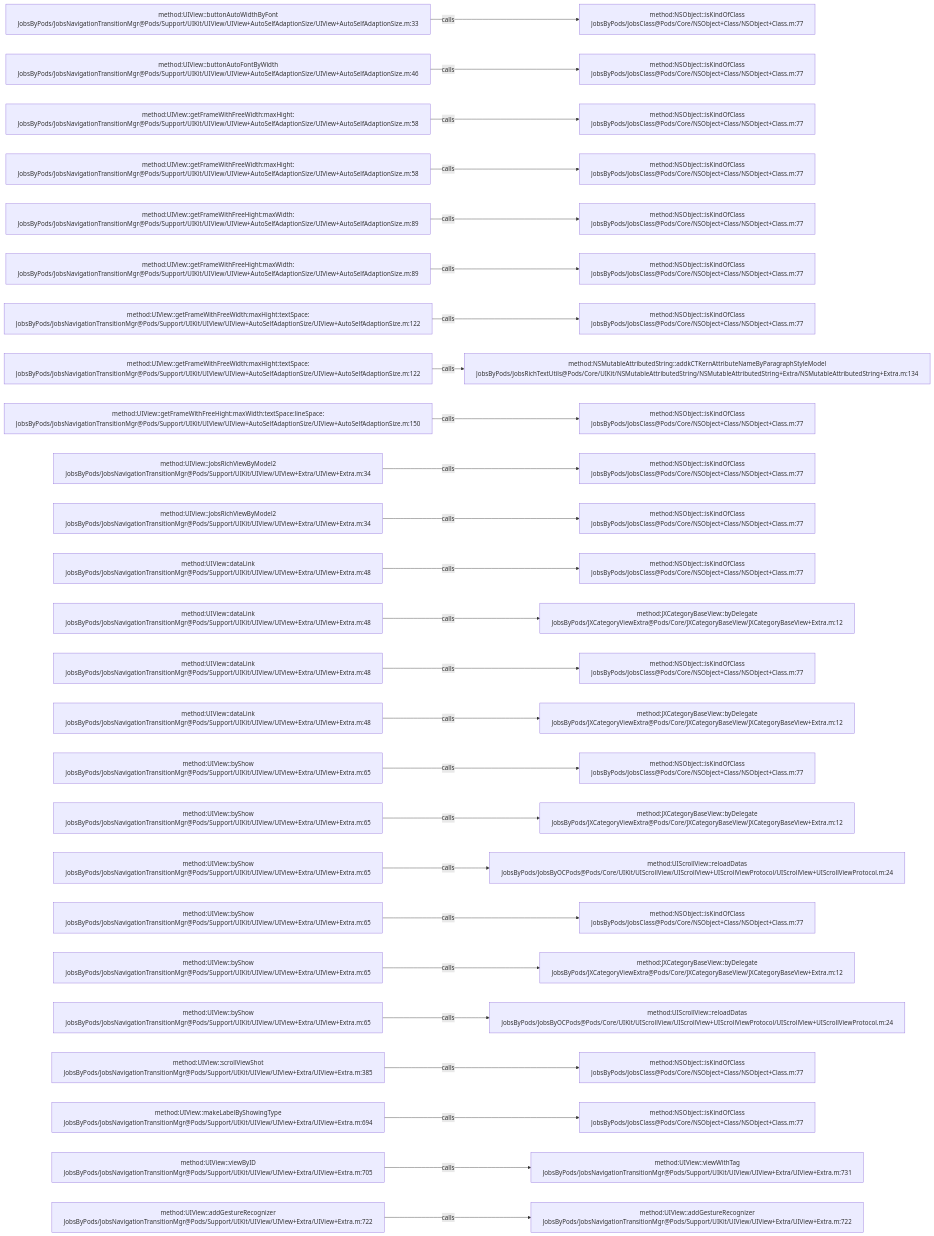
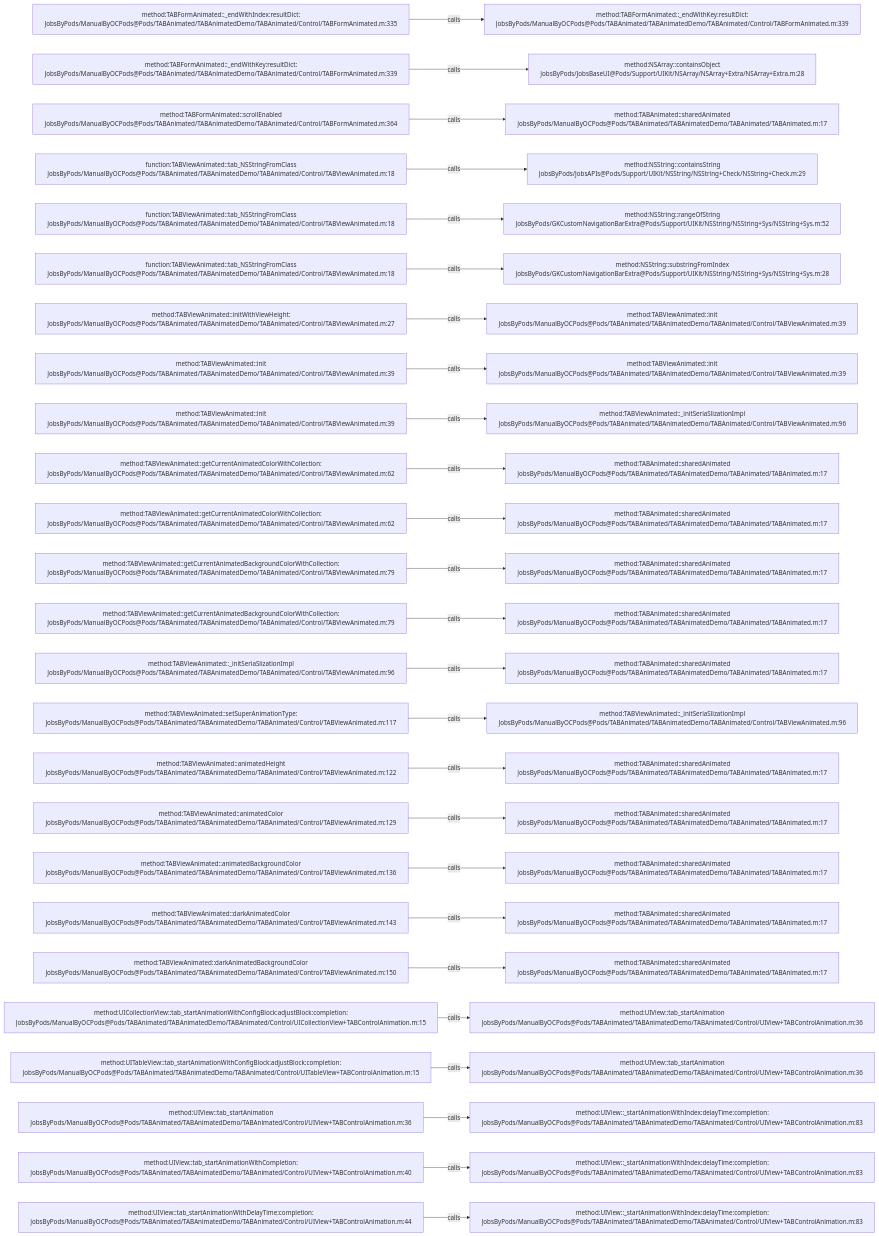
One commit to JobsKits/JobsOCBaseConfigDemo changed the diagram in .codegraph/codegraph.md/graphs/calls-131.md. Above: the diagram before and after it, drawn with Mermaid. The commit also changed 573 other files, not shown here.

````diff
--- a/.codegraph/codegraph.md/graphs/calls-131.md
+++ b/.codegraph/codegraph.md/graphs/calls-131.md
@@ -13,78 +13,78 @@
 ```mermaid
 flowchart LR
-  S1["method:UIView::buttonAutoWidthByFont<br/>JobsByPods/JobsNavigationTransitionMgr@Pods/Support/UIKit/UIView/UIView+AutoSelfAdaptionSize/UIView+AutoSelfAdaptionSize.m:33"]
-  T1["method:NSObject::isKindOfClass<br/>JobsByPods/JobsClass@Pods/Core/NSObject+Class/NSObject+Class.m:77"]
+  S1["method:TABFormAnimated::_endWithIndex:resultDict:<br/>JobsByPods/ManualByOCPods@Pods/TABAnimated/TABAnimatedDemo/TABAnimated/Control/TABFormAnimated.m:335"]
+  T1["method:TABFormAnimated::_endWithKey:resultDict:<br/>JobsByPods/ManualByOCPods@Pods/TABAnimated/TABAnimatedDemo/TABAnimated/Control/TABFormAnimated.m:339"]
   S1 -->|calls| T1
-  S2["method:UIView::buttonAutoFontByWidth<br/>JobsByPods/JobsNavigationTransitionMgr@Pods/Support/UIKit/UIView/UIView+AutoSelfAdaptionSize/UIView+AutoSelfAdaptionSize.m:46"]
-  T2["method:NSObject::isKindOfClass<br/>JobsByPods/JobsClass@Pods/Core/NSObject+Class/NSObject+Class.m:77"]
+  S2["method:TABFormAnimated::_endWithKey:resultDict:<br/>JobsByPods/ManualByOCPods@Pods/TABAnimated/TABAnimatedDemo/TABAnimated/Control/TABFormAnimated.m:339"]
+  T2["method:NSArray::containsObject<br/>JobsByPods/JobsBaseUI@Pods/Support/UIKit/NSArray/NSArray+Extra/NSArray+Extra.m:28"]
   S2 -->|calls| T2
-  S3["method:UIView::getFrameWithFreeWidth:maxHight:<br/>JobsByPods/JobsNavigationTransitionMgr@Pods/Support/UIKit/UIView/UIView+AutoSelfAdaptionSize/UIView+AutoSelfAdaptionSize.m:58"]
-  T3["method:NSObject::isKindOfClass<br/>JobsByPods/JobsClass@Pods/Core/NSObject+Class/NSObject+Class.m:77"]
+  S3["method:TABFormAnimated::scrollEnabled<br/>JobsByPods/ManualByOCPods@Pods/TABAnimated/TABAnimatedDemo/TABAnimated/Control/TABFormAnimated.m:364"]
+  T3["method:TABAnimated::sharedAnimated<br/>JobsByPods/ManualByOCPods@Pods/TABAnimated/TABAnimatedDemo/TABAnimated/TABAnimated.m:17"]
   S3 -->|calls| T3
-  S4["method:UIView::getFrameWithFreeWidth:maxHight:<br/>JobsByPods/JobsNavigationTransitionMgr@Pods/Support/UIKit/UIView/UIView+AutoSelfAdaptionSize/UIView+AutoSelfAdaptionSize.m:58"]
-  T4["method:NSObject::isKindOfClass<br/>JobsByPods/JobsClass@Pods/Core/NSObject+Class/NSObject+Class.m:77"]
+  S4["function:TABViewAnimated::tab_NSStringFromClass<br/>JobsByPods/ManualByOCPods@Pods/TABAnimated/TABAnimatedDemo/TABAnimated/Control/TABViewAnimated.m:18"]
+  T4["method:NSString::containsString<br/>JobsByPods/JobsAPIs@Pods/Support/UIKit/NSString/NSString+Check/NSString+Check.m:29"]
   S4 -->|calls| T4
-  S5["method:UIView::getFrameWithFreeHight:maxWidth:<br/>JobsByPods/JobsNavigationTransitionMgr@Pods/Support/UIKit/UIView/UIView+AutoSelfAdaptionSize/UIView+AutoSelfAdaptionSize.m:89"]
-  T5["method:NSObject::isKindOfClass<br/>JobsByPods/JobsClass@Pods/Core/NSObject+Class/NSObject+Class.m:77"]
+  S5["function:TABViewAnimated::tab_NSStringFromClass<br/>JobsByPods/ManualByOCPods@Pods/TABAnimated/TABAnimatedDemo/TABAnimated/Control/TABViewAnimated.m:18"]
+  T5["method:NSString::rangeOfString<br/>JobsByPods/GKCustomNavigationBarExtra@Pods/Support/UIKit/NSString/NSString+Sys/NSString+Sys.m:52"]
   S5 -->|calls| T5
-  S6["method:UIView::getFrameWithFreeHight:maxWidth:<br/>JobsByPods/JobsNavigationTransitionMgr@Pods/Support/UIKit/UIView/UIView+AutoSelfAdaptionSize/UIView+AutoSelfAdaptionSize.m:89"]
-  T6["method:NSObject::isKindOfClass<br/>JobsByPods/JobsClass@Pods/Core/NSObject+Class/NSObject+Class.m:77"]
+  S6["function:TABViewAnimated::tab_NSStringFromClass<br/>JobsByPods/ManualByOCPods@Pods/TABAnimated/TABAnimatedDemo/TABAnimated/Control/TABViewAnimated.m:18"]
+  T6["method:NSString::substringFromIndex<br/>JobsByPods/GKCustomNavigationBarExtra@Pods/Support/UIKit/NSString/NSString+Sys/NSString+Sys.m:28"]
   S6 -->|calls| T6
-  S7["method:UIView::getFrameWithFreeWidth:maxHight:textSpace:<br/>JobsByPods/JobsNavigationTransitionMgr@Pods/Support/UIKit/UIView/UIView+AutoSelfAdaptionSize/UIView+AutoSelfAdaptionSize.m:122"]
-  T7["method:NSObject::isKindOfClass<br/>JobsByPods/JobsClass@Pods/Core/NSObject+Class/NSObject+Class.m:77"]
+  S7["method:TABViewAnimated::initWithViewHeight:<br/>JobsByPods/ManualByOCPods@Pods/TABAnimated/TABAnimatedDemo/TABAnimated/Control/TABViewAnimated.m:27"]
+  T7["method:TABViewAnimated::init<br/>JobsByPods/ManualByOCPods@Pods/TABAnimated/TABAnimatedDemo/TABAnimated/Control/TABViewAnimated.m:39"]
   S7 -->|calls| T7
-  S8["method:UIView::getFrameWithFreeWidth:maxHight:textSpace:<br/>JobsByPods/JobsNavigationTransitionMgr@Pods/Support/UIKit/UIView/UIView+AutoSelfAdaptionSize/UIView+AutoSelfAdaptionSize.m:122"]
-  T8["method:NSMutableAttributedString::addkCTKernAttributeNameByParagraphStyleModel<br/>JobsByPods/JobsRichTextUtils@Pods/Core/UIKit/NSMutableAttributedString/NSMutableAttributedString+Extra/NSMutableAttributedString+Extra.m:134"]
+  S8["method:TABViewAnimated::init<br/>JobsByPods/ManualByOCPods@Pods/TABAnimated/TABAnimatedDemo/TABAnimated/Control/TABViewAnimated.m:39"]
+  T8["method:TABViewAnimated::init<br/>JobsByPods/ManualByOCPods@Pods/TABAnimated/TABAnimatedDemo/TABAnimated/Control/TABViewAnimated.m:39"]
   S8 -->|calls| T8
-  S9["method:UIView::getFrameWithFreeHight:maxWidth:textSpace:lineSpace:<br/>JobsByPods/JobsNavigationTransitionMgr@Pods/Support/UIKit/UIView/UIView+AutoSelfAdaptionSize/UIView+AutoSelfAdaptionSize.m:150"]
-  T9["method:NSObject::isKindOfClass<br/>JobsByPods/JobsClass@Pods/Core/NSObject+Class/NSObject+Class.m:77"]
+  S9["method:TABViewAnimated::init<br/>JobsByPods/ManualByOCPods@Pods/TABAnimated/TABAnimatedDemo/TABAnimated/Control/TABViewAnimated.m:39"]
+  T9["method:TABViewAnimated::_initSeriaSlizationImpl<br/>JobsByPods/ManualByOCPods@Pods/TABAnimated/TABAnimatedDemo/TABAnimated/Control/TABViewAnimated.m:96"]
   S9 -->|calls| T9
-  S10["method:UIView::JobsRichViewByModel2<br/>JobsByPods/JobsNavigationTransitionMgr@Pods/Support/UIKit/UIView/UIView+Extra/UIView+Extra.m:34"]
-  T10["method:NSObject::isKindOfClass<br/>JobsByPods/JobsClass@Pods/Core/NSObject+Class/NSObject+Class.m:77"]
+  S10["method:TABViewAnimated::getCurrentAnimatedColorWithCollection:<br/>JobsByPods/ManualByOCPods@Pods/TABAnimated/TABAnimatedDemo/TABAnimated/Control/TABViewAnimated.m:62"]
+  T10["method:TABAnimated::sharedAnimated<br/>JobsByPods/ManualByOCPods@Pods/TABAnimated/TABAnimatedDemo/TABAnimated/TABAnimated.m:17"]
   S10 -->|calls| T10
-  S11["method:UIView::JobsRichViewByModel2<br/>JobsByPods/JobsNavigationTransitionMgr@Pods/Support/UIKit/UIView/UIView+Extra/UIView+Extra.m:34"]
-  T11["method:NSObject::isKindOfClass<br/>JobsByPods/JobsClass@Pods/Core/NSObject+Class/NSObject+Class.m:77"]
+  S11["method:TABViewAnimated::getCurrentAnimatedColorWithCollection:<br/>JobsByPods/ManualByOCPods@Pods/TABAnimated/TABAnimatedDemo/TABAnimated/Control/TABViewAnimated.m:62"]
+  T11["method:TABAnimated::sharedAnimated<br/>JobsByPods/ManualByOCPods@Pods/TABAnimated/TABAnimatedDemo/TABAnimated/TABAnimated.m:17"]
   S11 -->|calls| T11
-  S12["method:UIView::dataLink<br/>JobsByPods/JobsNavigationTransitionMgr@Pods/Support/UIKit/UIView/UIView+Extra/UIView+Extra.m:48"]
-  T12["method:NSObject::isKindOfClass<br/>JobsByPods/JobsClass@Pods/Core/NSObject+Class/NSObject+Class.m:77"]
+  S12["method:TABViewAnimated::getCurrentAnimatedBackgroundColorWithCollection:<br/>JobsByPods/ManualByOCPods@Pods/TABAnimated/TABAnimatedDemo/TABAnimated/Control/TABViewAnimated.m:79"]
+  T12["method:TABAnimated::sharedAnimated<br/>JobsByPods/ManualByOCPods@Pods/TABAnimated/TABAnimatedDemo/TABAnimated/TABAnimated.m:17"]
   S12 -->|calls| T12
-  S13["method:UIView::dataLink<br/>JobsByPods/JobsNavigationTransitionMgr@Pods/Support/UIKit/UIView/UIView+Extra/UIView+Extra.m:48"]
-  T13["method:JXCategoryBaseView::byDelegate<br/>JobsByPods/JXCategoryViewExtra@Pods/Core/JXCategoryBaseView/JXCategoryBaseView+Extra.m:12"]
+  S13["method:TABViewAnimated::getCurrentAnimatedBackgroundColorWithCollection:<br/>JobsByPods/ManualByOCPods@Pods/TABAnimated/TABAnimatedDemo/TABAnimated/Control/TABViewAnimated.m:79"]
+  T13["method:TABAnimated::sharedAnimated<br/>JobsByPods/ManualByOCPods@Pods/TABAnimated/TABAnimatedDemo/TABAnimated/TABAnimated.m:17"]
   S13 -->|calls| T13
-  S14["method:UIView::dataLink<br/>JobsByPods/JobsNavigationTransitionMgr@Pods/Support/UIKit/UIView/UIView+Extra/UIView+Extra.m:48"]
-  T14["method:NSObject::isKindOfClass<br/>JobsByPods/JobsClass@Pods/Core/NSObject+Class/NSObject+Class.m:77"]
+  S14["method:TABViewAnimated::_initSeriaSlizationImpl<br/>JobsByPods/ManualByOCPods@Pods/TABAnimated/TABAnimatedDemo/TABAnimated/Control/TABViewAnimated.m:96"]
+  T14["method:TABAnimated::sharedAnimated<br/>JobsByPods/ManualByOCPods@Pods/TABAnimated/TABAnimatedDemo/TABAnimated/TABAnimated.m:17"]
   S14 -->|calls| T14
-  S15["method:UIView::dataLink<br/>JobsByPods/JobsNavigationTransitionMgr@Pods/Support/UIKit/UIView/UIView+Extra/UIView+Extra.m:48"]
-  T15["method:JXCategoryBaseView::byDelegate<br/>JobsByPods/JXCategoryViewExtra@Pods/Core/JXCategoryBaseView/JXCategoryBaseView+Extra.m:12"]
+  S15["method:TABViewAnimated::setSuperAnimationType:<br/>JobsByPods/ManualByOCPods@Pods/TABAnimated/TABAnimatedDemo/TABAnimated/Control/TABViewAnimated.m:117"]
+  T15["method:TABViewAnimated::_initSeriaSlizationImpl<br/>JobsByPods/ManualByOCPods@Pods/TABAnimated/TABAnimatedDemo/TABAnimated/Control/TABViewAnimated.m:96"]
   S15 -->|calls| T15
-  S16["method:UIView::byShow<br/>JobsByPods/JobsNavigationTransitionMgr@Pods/Support/UIKit/UIView/UIView+Extra/UIView+Extra.m:65"]
-  T16["method:NSObject::isKindOfClass<br/>JobsByPods/JobsClass@Pods/Core/NSObject+Class/NSObject+Class.m:77"]
+  S16["method:TABViewAnimated::animatedHeight<br/>JobsByPods/ManualByOCPods@Pods/TABAnimated/TABAnimatedDemo/TABAnimated/Control/TABViewAnimated.m:122"]
+  T16["method:TABAnimated::sharedAnimated<br/>JobsByPods/ManualByOCPods@Pods/TABAnimated/TABAnimatedDemo/TABAnimated/TABAnimated.m:17"]
   S16 -->|calls| T16
-  S17["method:UIView::byShow<br/>JobsByPods/JobsNavigationTransitionMgr@Pods/Support/UIKit/UIView/UIView+Extra/UIView+Extra.m:65"]
-  T17["method:JXCategoryBaseView::byDelegate<br/>JobsByPods/JXCategoryViewExtra@Pods/Core/JXCategoryBaseView/JXCategoryBaseView+Extra.m:12"]
+  S17["method:TABViewAnimated::animatedColor<br/>JobsByPods/ManualByOCPods@Pods/TABAnimated/TABAnimatedDemo/TABAnimated/Control/TABViewAnimated.m:129"]
+  T17["method:TABAnimated::sharedAnimated<br/>JobsByPods/ManualByOCPods@Pods/TABAnimated/TABAnimatedDemo/TABAnimated/TABAnimated.m:17"]
   S17 -->|calls| T17
-  S18["method:UIView::byShow<br/>JobsByPods/JobsNavigationTransitionMgr@Pods/Support/UIKit/UIView/UIView+Extra/UIView+Extra.m:65"]
-  T18["method:UIScrollView::reloadDatas<br/>JobsByPods/JobsByOCPods@Pods/Core/UIKit/UIScrollView/UIScrollView+UIScrollViewProtocol/UIScrollView+UIScrollViewProtocol.m:24"]
+  S18["method:TABViewAnimated::animatedBackgroundColor<br/>JobsByPods/ManualByOCPods@Pods/TABAnimated/TABAnimatedDemo/TABAnimated/Control/TABViewAnimated.m:136"]
+  T18["method:TABAnimated::sharedAnimated<br/>JobsByPods/ManualByOCPods@Pods/TABAnimated/TABAnimatedDemo/TABAnimated/TABAnimated.m:17"]
   S18 -->|calls| T18
-  S19["method:UIView::byShow<br/>JobsByPods/JobsNavigationTransitionMgr@Pods/Support/UIKit/UIView/UIView+Extra/UIView+Extra.m:65"]
-  T19["method:NSObject::isKindOfClass<br/>JobsByPods/JobsClass@Pods/Core/NSObject+Class/NSObject+Class.m:77"]
+  S19["method:TABViewAnimated::darkAnimatedColor<br/>JobsByPods/ManualByOCPods@Pods/TABAnimated/TABAnimatedDemo/TABAnimated/Control/TABViewAnimated.m:143"]
+  T19["method:TABAnimated::sharedAnimated<br/>JobsByPods/ManualByOCPods@Pods/TABAnimated/TABAnimatedDemo/TABAnimated/TABAnimated.m:17"]
   S19 -->|calls| T19
-  S20["method:UIView::byShow<br/>JobsByPods/JobsNavigationTransitionMgr@Pods/Support/UIKit/UIView/UIView+Extra/UIView+Extra.m:65"]
-  T20["method:JXCategoryBaseView::byDelegate<br/>JobsByPods/JXCategoryViewExtra@Pods/Core/JXCategoryBaseView/JXCategoryBaseView+Extra.m:12"]
+  S20["method:TABViewAnimated::darkAnimatedBackgroundColor<br/>JobsByPods/ManualByOCPods@Pods/TABAnimated/TABAnimatedDemo/TABAnimated/Control/TABViewAnimated.m:150"]
+  T20["method:TABAnimated::sharedAnimated<br/>JobsByPods/ManualByOCPods@Pods/TABAnimated/TABAnimatedDemo/TABAnimated/TABAnimated.m:17"]
   S20 -->|calls| T20
-  S21["method:UIView::byShow<br/>JobsByPods/JobsNavigationTransitionMgr@Pods/Support/UIKit/UIView/UIView+Extra/UIView+Extra.m:65"]
-  T21["method:UIScrollView::reloadDatas<br/>JobsByPods/JobsByOCPods@Pods/Core/UIKit/UIScrollView/UIScrollView+UIScrollViewProtocol/UIScrollView+UIScrollViewProtocol.m:24"]
+  S21["method:UICollectionView::tab_startAnimationWithConfigBlock:adjustBlock:completion:<br/>JobsByPods/ManualByOCPods@Pods/TABAnimated/TABAnimatedDemo/TABAnimated/Control/UICollectionView+TABControlAnimation.m:15"]
+  T21["method:UIView::tab_startAnimation<br/>JobsByPods/ManualByOCPods@Pods/TABAnimated/TABAnimatedDemo/TABAnimated/Control/UIView+TABControlAnimation.m:36"]
   S21 -->|calls| T21
-  S22["method:UIView::scrollViewShot<br/>JobsByPods/JobsNavigationTransitionMgr@Pods/Support/UIKit/UIView/UIView+Extra/UIView+Extra.m:385"]
-  T22["method:NSObject::isKindOfClass<br/>JobsByPods/JobsClass@Pods/Core/NSObject+Class/NSObject+Class.m:77"]
+  S22["method:UITableView::tab_startAnimationWithConfigBlock:adjustBlock:completion:<br/>JobsByPods/ManualByOCPods@Pods/TABAnimated/TABAnimatedDemo/TABAnimated/Control/UITableView+TABControlAnimation.m:15"]
+  T22["method:UIView::tab_startAnimation<br/>JobsByPods/ManualByOCPods@Pods/TABAnimated/TABAnimatedDemo/TABAnimated/Control/UIView+TABControlAnimation.m:36"]
   S22 -->|calls| T22
-  S23["method:UIView::makeLabelByShowingType<br/>JobsByPods/JobsNavigationTransitionMgr@Pods/Support/UIKit/UIView/UIView+Extra/UIView+Extra.m:694"]
-  T23["method:NSObject::isKindOfClass<br/>JobsByPods/JobsClass@Pods/Core/NSObject+Class/NSObject+Class.m:77"]
+  S23["method:UIView::tab_startAnimation<br/>JobsByPods/ManualByOCPods@Pods/TABAnimated/TABAnimatedDemo/TABAnimated/Control/UIView+TABControlAnimation.m:36"]
+  T23["method:UIView::_startAnimationWithIndex:delayTime:completion:<br/>JobsByPods/ManualByOCPods@Pods/TABAnimated/TABAnimatedDemo/TABAnimated/Control/UIView+TABControlAnimation.m:83"]
   S23 -->|calls| T23
-  S24["method:UIView::viewByID<br/>JobsByPods/JobsNavigationTransitionMgr@Pods/Support/UIKit/UIView/UIView+Extra/UIView+Extra.m:705"]
-  T24["method:UIView::viewWithTag<br/>JobsByPods/JobsNavigationTransitionMgr@Pods/Support/UIKit/UIView/UIView+Extra/UIView+Extra.m:731"]
+  S24["method:UIView::tab_startAnimationWithCompletion:<br/>JobsByPods/ManualByOCPods@Pods/TABAnimated/TABAnimatedDemo/TABAnimated/Control/UIView+TABControlAnimation.m:40"]
+  T24["method:UIView::_startAnimationWithIndex:delayTime:completion:<br/>JobsByPods/ManualByOCPods@Pods/TABAnimated/TABAnimatedDemo/TABAnimated/Control/UIView+TABControlAnimation.m:83"]
   S24 -->|calls| T24
-  S25["method:UIView::addGestureRecognizer<br/>JobsByPods/JobsNavigationTransitionMgr@Pods/Support/UIKit/UIView/UIView+Extra/UIView+Extra.m:722"]
-  T25["method:UIView::addGestureRecognizer<br/>JobsByPods/JobsNavigationTransitionMgr@Pods/Support/UIKit/UIView/UIView+Extra/UIView+Extra.m:722"]
+  S25["method:UIView::tab_startAnimationWithDelayTime:completion:<br/>JobsByPods/ManualByOCPods@Pods/TABAnimated/TABAnimatedDemo/TABAnimated/Control/UIView+TABControlAnimation.m:44"]
+  T25["method:UIView::_startAnimationWithIndex:delayTime:completion:<br/>JobsByPods/ManualByOCPods@Pods/TABAnimated/TABAnimatedDemo/TABAnimated/Control/UIView+TABControlAnimation.m:83"]
   S25 -->|calls| T25
 ```
````
